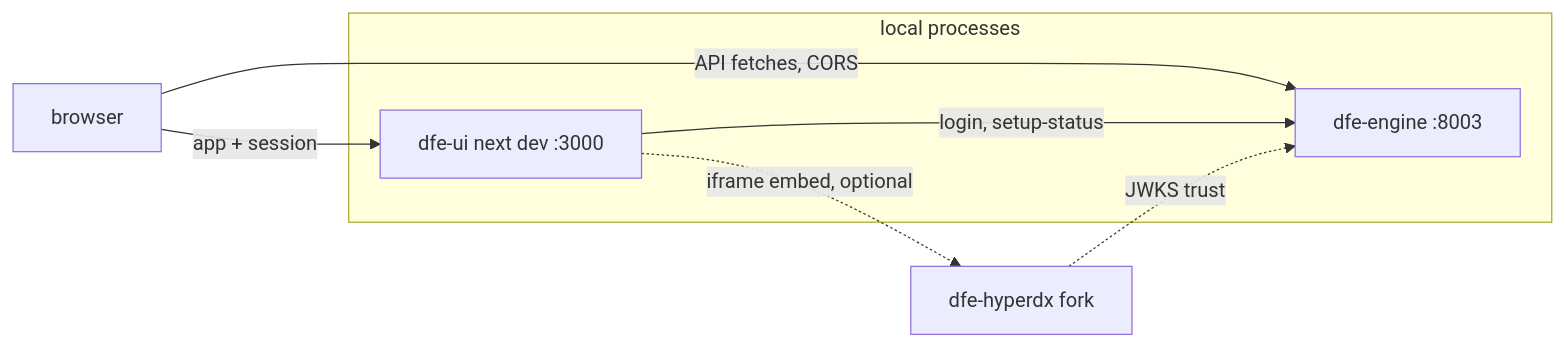
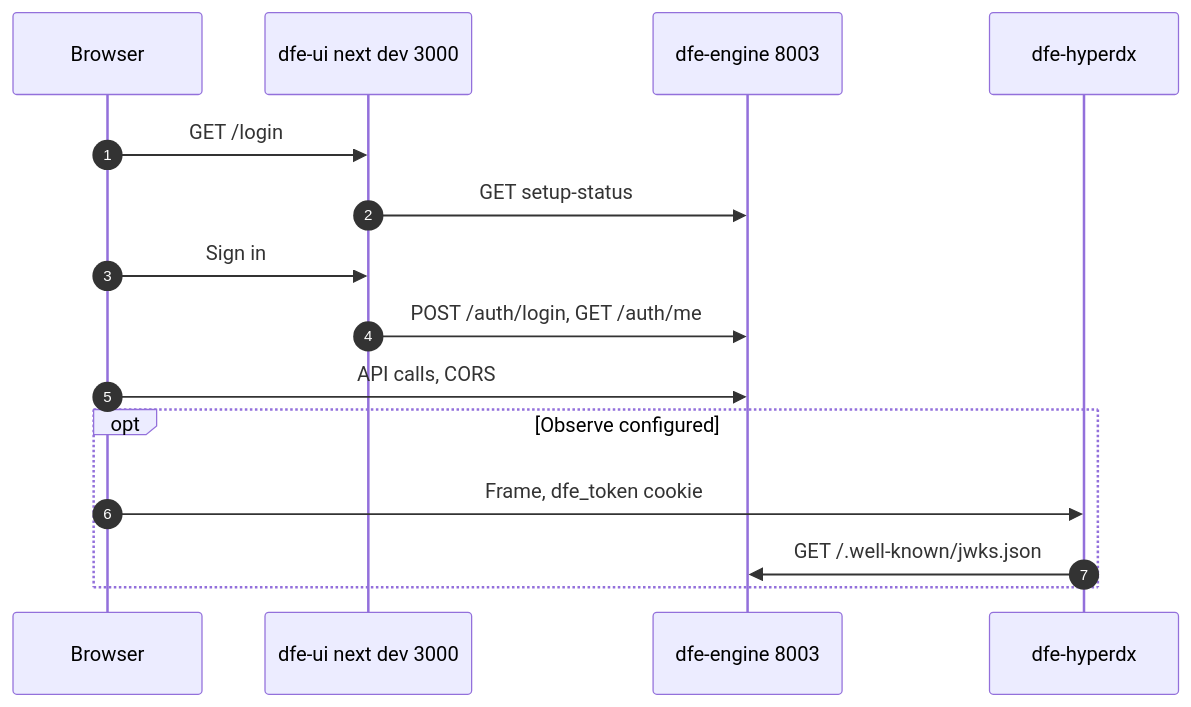
One commit to hyperi-io/dfe-ui changed the diagram in docs/local-development.md. Above: the diagram before and after it, drawn with Mermaid. The commit also changed other lines of this file and 18 other files, not shown here.

First line of the commit message:
docs(console): fix 17 claims and redraw ten diagrams

````diff
--- a/docs/local-development.md
+++ b/docs/local-development.md
@@ -29,13 +56,19 @@
 ```mermaid
-flowchart LR
-    browser["browser"]
-    subgraph local["local processes"]
-        ui["dfe-ui next dev :3000"]
-        engine["dfe-engine :8003"]
+sequenceDiagram
+    accTitle: L4 Detail -- Local console and engine
+    accDescr: The browser loads the login page from next dev, which asks the engine for the setup status. Sign-in goes through NextAuth to the engine. After that the browser calls the engine cross-origin, and an embedded dfe-hyperdx checks the dfe_token cookie against the engine's keys.
+    autonumber
+    participant browser as Browser
+    participant ui as dfe-ui next dev 3000
+    participant engine as dfe-engine 8003
+    participant hdx as dfe-hyperdx
+    browser->>ui: GET /login
+    ui->>engine: GET setup-status
+    browser->>ui: Sign in
+    ui->>engine: POST /auth/login, GET /auth/me
+    browser->>engine: API calls, CORS
+    opt Observe configured
+        browser->>hdx: Frame, dfe_token cookie
+        hdx->>engine: GET /.well-known/jwks.json
     end
-    browser -->|app + session| ui
-    browser -->|API fetches, CORS| engine
-    ui -->|login, setup-status| engine
-    ui -.->|iframe embed, optional| fork["dfe-hyperdx fork"]
-    fork -.->|JWKS trust| engine
 ```
````
